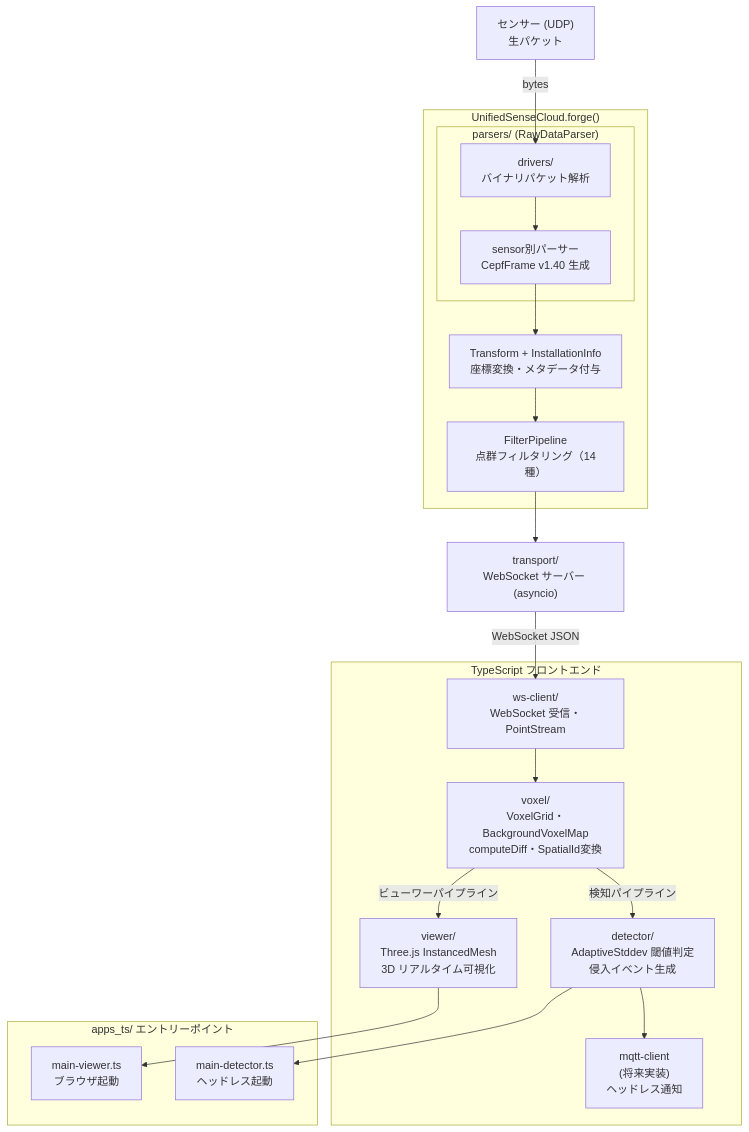
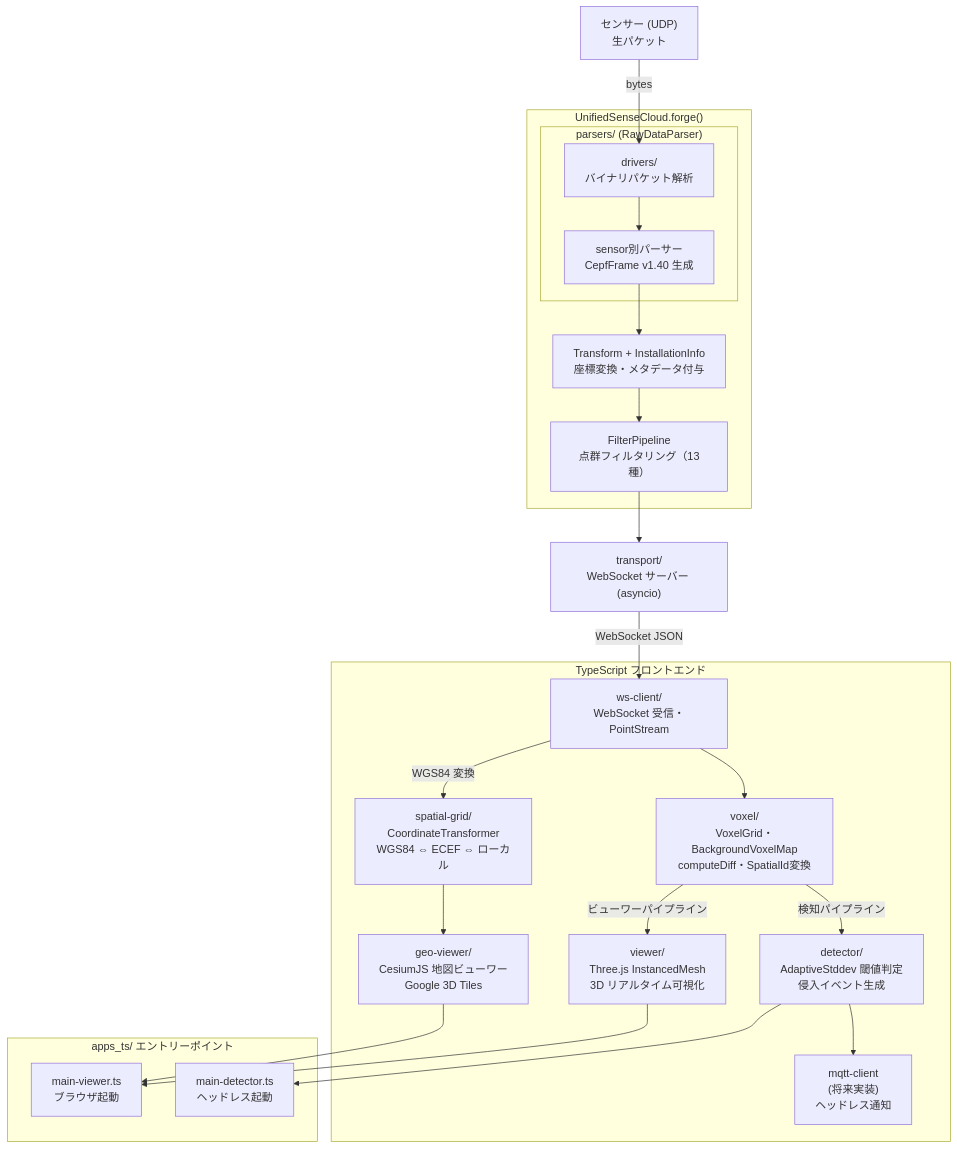
One commit to JPD-studio/sass changed the diagram in docs/readme.md. Above: the diagram before and after it, drawn with Mermaid. The commit also changed other lines of this file and 32 other files, not shown here.

````diff
--- a/docs/readme.md
+++ b/docs/readme.md
@@ -283,41 +415,45 @@
 ```mermaid
 flowchart TD
   A["センサー (UDP)<br>生パケット"]
   
   subgraph USC["UnifiedSenseCloud.forge()"]
     subgraph Parsers["parsers/ (RawDataParser)"]
       B["drivers/<br>バイナリパケット解析"]
       C["sensor別パーサー<br>CepfFrame v1.40 生成"]
     end
     D["Transform + InstallationInfo<br>座標変換・メタデータ付与"]
-    E["FilterPipeline<br>点群フィルタリング（14種）"]
+    E["FilterPipeline<br>点群フィルタリング（13種）"]
   end
   
   F["transport/<br>WebSocket サーバー (asyncio)"]
   
   A -->|bytes| B
   B --> C
   C --> D
   D --> E
   E --> F
   
   F -->|WebSocket JSON| G
 
   subgraph TS["TypeScript フロントエンド"]
     G["ws-client/<br>WebSocket 受信・PointStream"]
     H["voxel/<br>VoxelGrid・BackgroundVoxelMap<br>computeDiff・SpatialId変換"]
     G --> H
 
     H -->|ビューワーパイプライン| I["viewer/<br>Three.js InstancedMesh<br>3D リアルタイム可視化"]
     H -->|検知パイプライン| J["detector/<br>AdaptiveStddev 閾値判定<br>侵入イベント生成"]
     J --> K["mqtt-client<br>(将来実装)<br>ヘッドレス通知"]
+
+    G -->|WGS84 変換| N["spatial-grid/<br>CoordinateTransformer<br>WGS84 ⇔ ECEF ⇔ ローカル"]
+    N --> O["geo-viewer/<br>CesiumJS 地図ビューワー<br>Google 3D Tiles"]
   end
 
   subgraph Apps["apps_ts/ エントリーポイント"]
     L["main-viewer.ts<br>ブラウザ起動"]
     M["main-detector.ts<br>ヘッドレス起動"]
   end
 
   I --> L
+  O --> L
   J --> M
 ```
````
